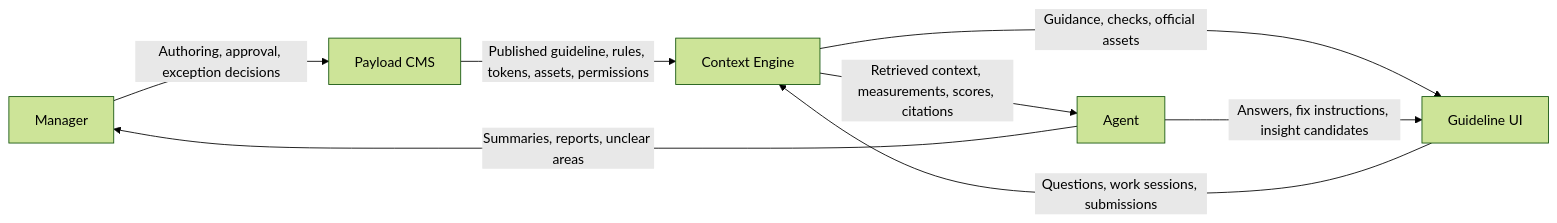
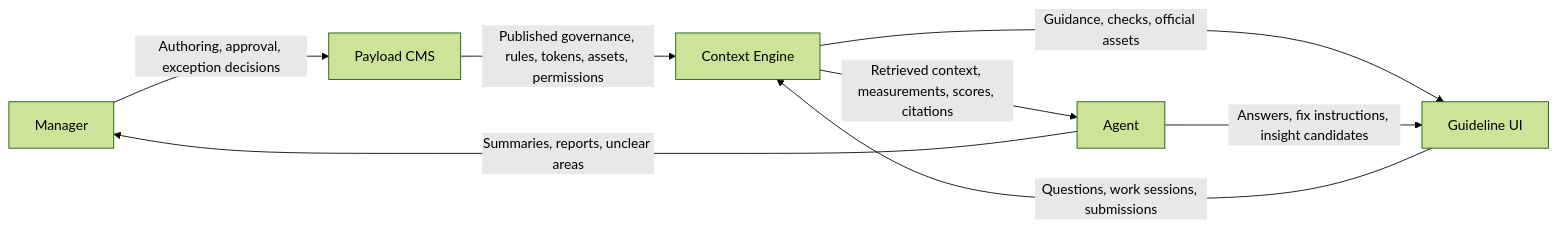
The diagram in docs/05-system-architecture.md (ewoooo/living-brand-system), drawn with Mermaid (forest theme) before and after one commit. The commit also changed other lines of this file and 7 other files, not shown here.

````diff
--- a/docs/05-system-architecture.md
+++ b/docs/05-system-architecture.md
@@ -63,16 +63,16 @@
 ```mermaid
 flowchart LR
   Manager["Manager"]
   CMS["Payload CMS"]
   CE["Context Engine"]
   Agent["Agent"]
   UI["Guideline UI"]
 
   Manager -->|"Authoring, approval, exception decisions"| CMS
-  CMS -->|"Published guideline, rules, tokens, assets, permissions"| CE
+  CMS -->|"Published governance, rules, tokens, assets, permissions"| CE
   CE -->|"Retrieved context, measurements, scores, citations"| Agent
   CE -->|"Guidance, checks, official assets"| UI
   UI -->|"Questions, work sessions, submissions"| CE
   Agent -->|"Answers, fix instructions, insight candidates"| UI
   Agent -->|"Summaries, reports, unclear areas"| Manager
 ```
````
